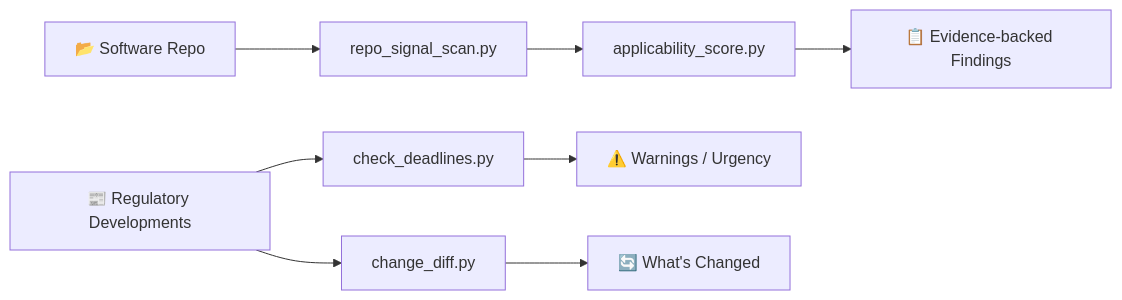
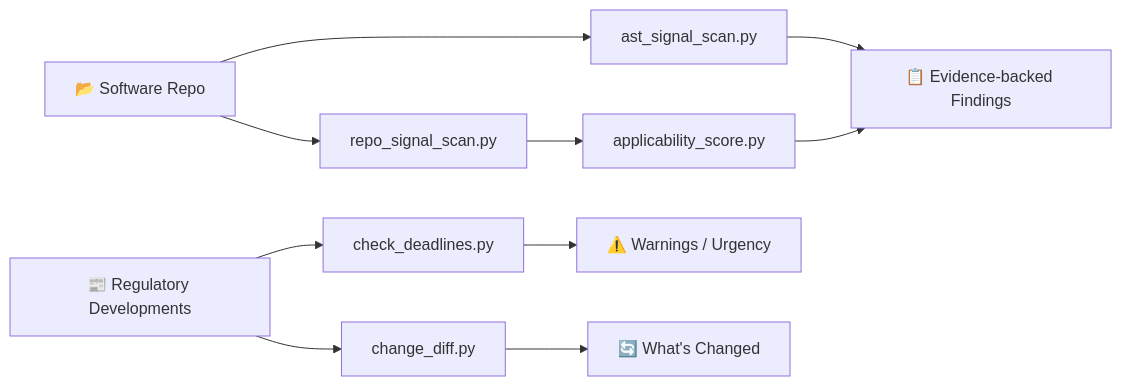
Before and after one commit to zerantiq/regintel: the diagram in README.md, drawn with Mermaid. The commit also changed other lines of this file, not shown here.

Commit message:
feat: add AST-based structural scanning for function-level patterns in Python source files

````diff
--- a/README.md
+++ b/README.md
@@ -50,10 +50,12 @@
 ```mermaid
 flowchart LR
     A["📂 Software Repo"] --> B["repo_signal_scan.py"]
+    A --> B2["ast_signal_scan.py"]
     B --> C["applicability_score.py"]
+    B2 --> D
     C --> D["📋 Evidence-backed Findings"]
     E["📰 Regulatory Developments"] --> F["check_deadlines.py"]
     E --> G["change_diff.py"]
     F --> H["⚠️ Warnings / Urgency"]
     G --> I["🔄 What's Changed"]
 ```
````
